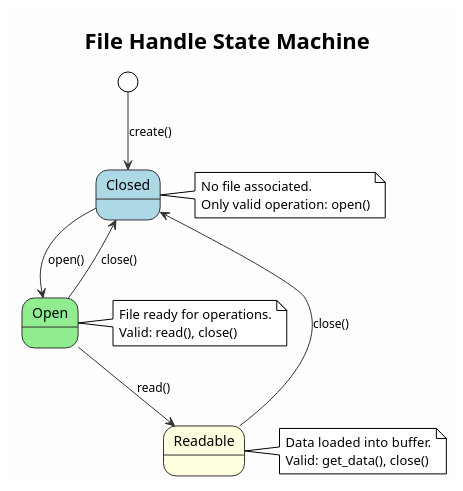
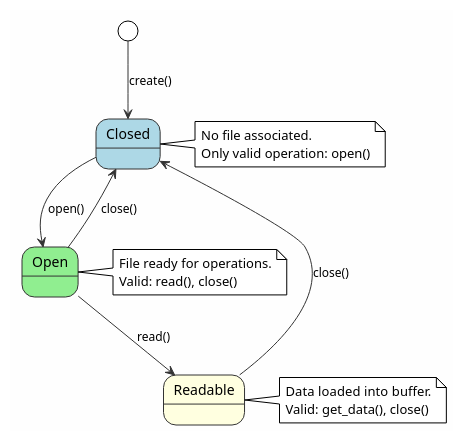
The diagram in paper/puml/state-machine.puml (failpark/zero_cost), drawn with PlantUML before and after one commit. The commit also changed 8 other files, not shown here.

```diff
--- a/paper/puml/state-machine.puml
+++ b/paper/puml/state-machine.puml
@@ -1,48 +1,48 @@
 @startuml state_machine
 !theme plain
 skinparam backgroundColor #FEFEFE
 skinparam state {
 	BackgroundColor #E8E8E8
 	BorderColor #333333
 	FontSize 14
 	FontName Arial
 }
 skinparam arrow {
 	Color #333333
 	FontSize 12
 }
 
-title File Handle State Machine
+' title File Handle State Machine
 
 [*] --> Closed : create()
 
 state Closed #LightBlue {
 }
 
 state Open #LightGreen {
 }
 
 state Readable #LightYellow {
 }
 
 Closed --> Open : open()
 Open --> Readable : read()
 Readable --> Closed : close()
 Open --> Closed : close()
 
 note right of Closed
   No file associated.
   Only valid operation: open()
 end note
 
 note right of Open
   File ready for operations.
   Valid: read(), close()
 end note
 
 note right of Readable
   Data loaded into buffer.
   Valid: get_data(), close()
 end note
 
 @enduml
```
